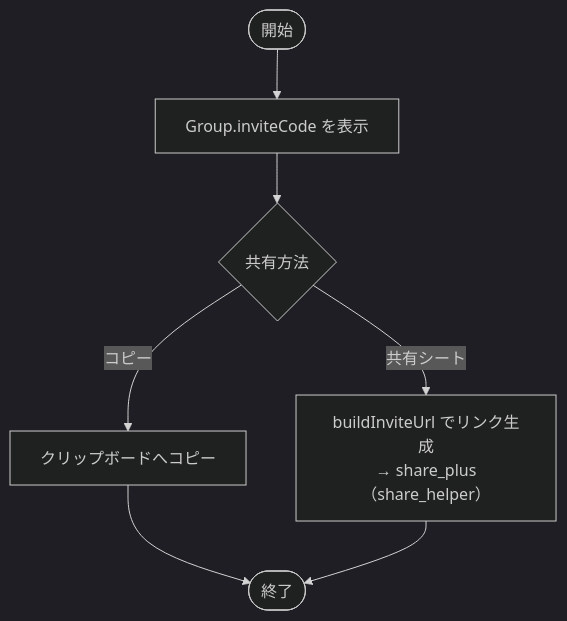
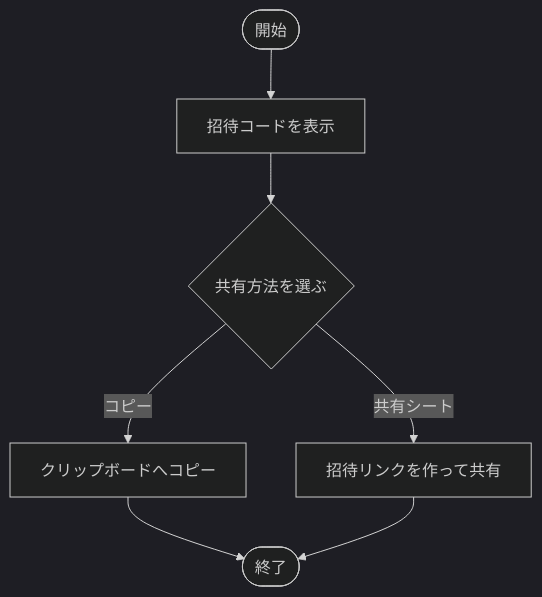
Before and after one commit to ekusy/shopping-list-app-flutter: diagram 13 of 28 in docs/内部設計/アクティビティ図.md, drawn with Mermaid (dark theme). The commit also changed other lines of this file, not shown here.

First line of the commit message:
docs: アクティビティ図を処理の流れ・分岐の説明に集中させて改稿

````diff
--- a/docs/内部設計/アクティビティ図.md
+++ b/docs/内部設計/アクティビティ図.md
@@ -234,9 +213,9 @@
 ```mermaid
 flowchart TD
-    S([開始]) --> SHOW[Group.inviteCode を表示]
-    SHOW --> SEL{共有方法}
+    S([開始]) --> SHOW[招待コードを表示]
+    SHOW --> SEL{共有方法を選ぶ}
     SEL -->|コピー| CP[クリップボードへコピー]
-    SEL -->|共有シート| SP[buildInviteUrl でリンク生成\n→ share_plus（share_helper）]
+    SEL -->|共有シート| SP[招待リンクを作って共有]
     CP --> E([終了])
     SP --> E
 ```
````
